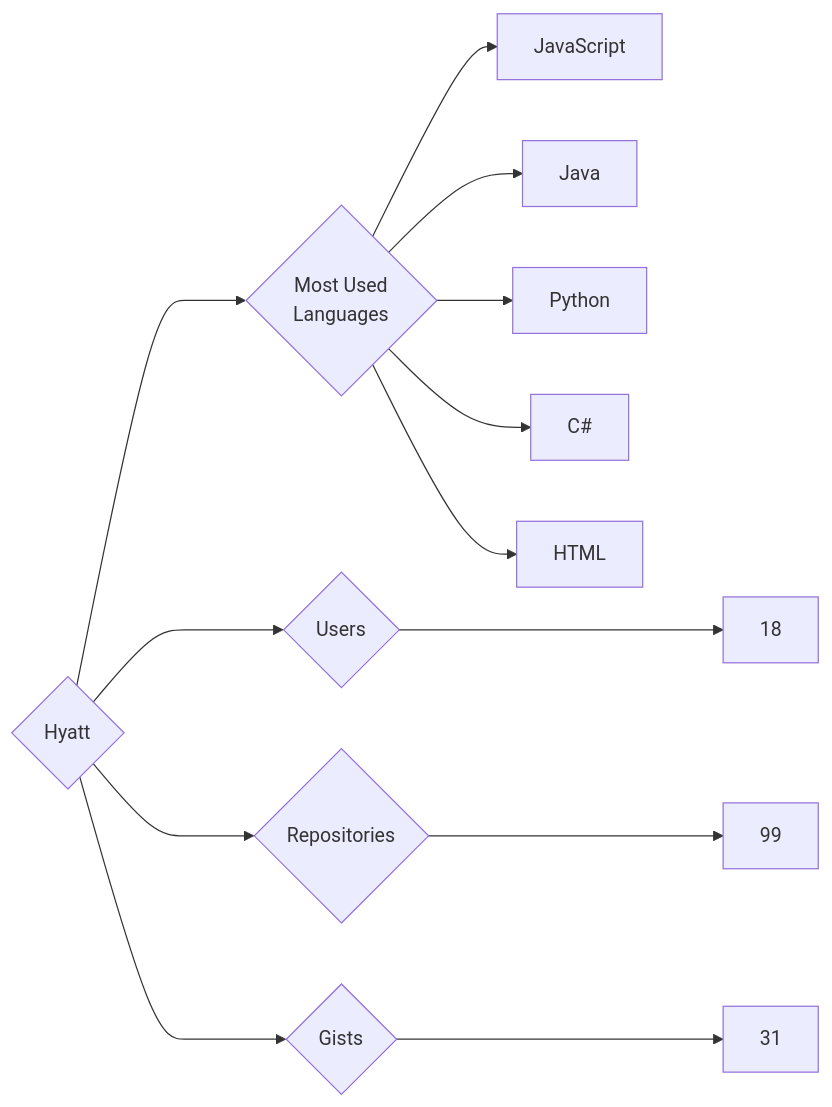
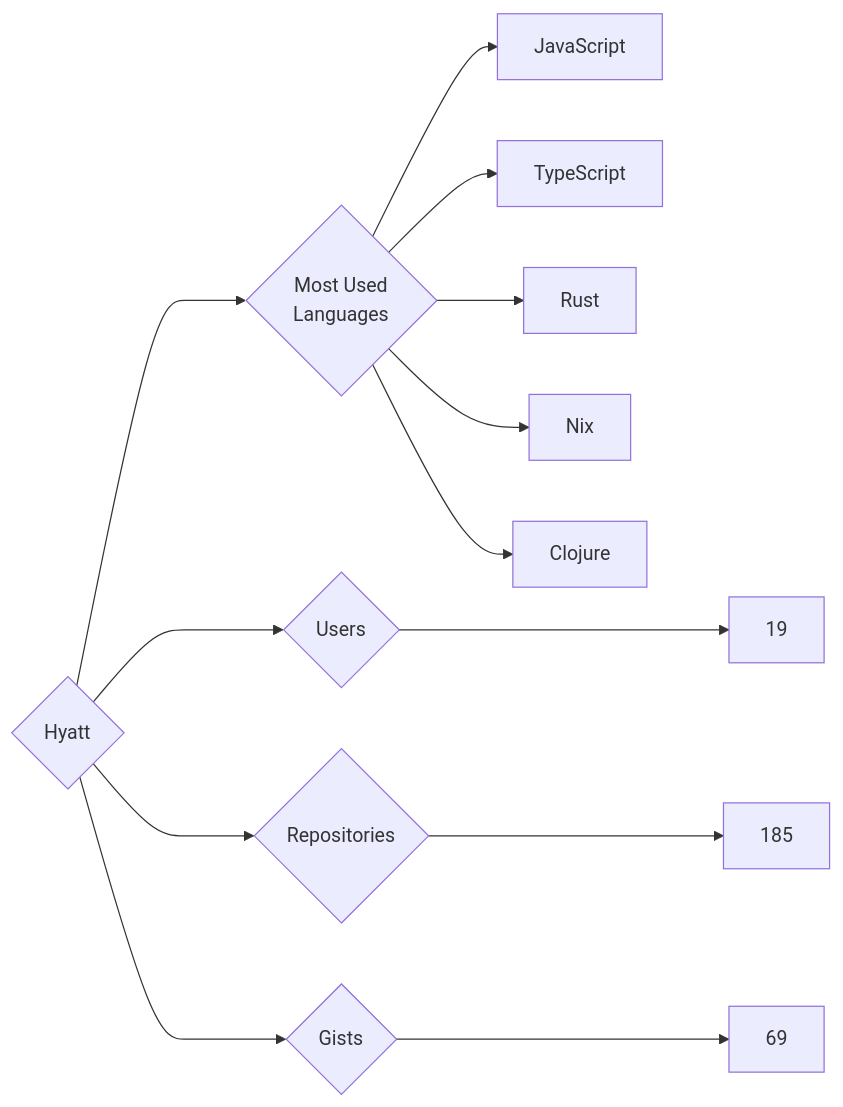
Before and after one commit to trickest/insiders: the diagram in targets/Hyatt/README.md, drawn with Mermaid. The commit also changed 872 other files, not shown here.

````diff
--- a/targets/Hyatt/README.md
+++ b/targets/Hyatt/README.md
@@ -3,13 +3,13 @@
 ```mermaid
 graph LR
 COMPANY_NAME{Hyatt}
-COMPANY_NAME ---> U{Users} ---> UN[18]
-COMPANY_NAME ---> R{Repositories} ---> RN[99]
-COMPANY_NAME ---> G{Gists} ---> GN[31]
+COMPANY_NAME ---> U{Users} ---> UN[19]
+COMPANY_NAME ---> R{Repositories} ---> RN[185]
+COMPANY_NAME ---> G{Gists} ---> GN[69]
 COMPANY_NAME ---> ML{Most Used<br>Languages}
 ML --> JavaScript[JavaScript]
-ML --> Java[Java]
-ML --> Python[Python]
-ML --> C#[C#]
-ML --> HTML[HTML]
+ML --> TypeScript[TypeScript]
+ML --> Rust[Rust]
+ML --> Nix[Nix]
+ML --> Clojure[Clojure]
 ```
````
